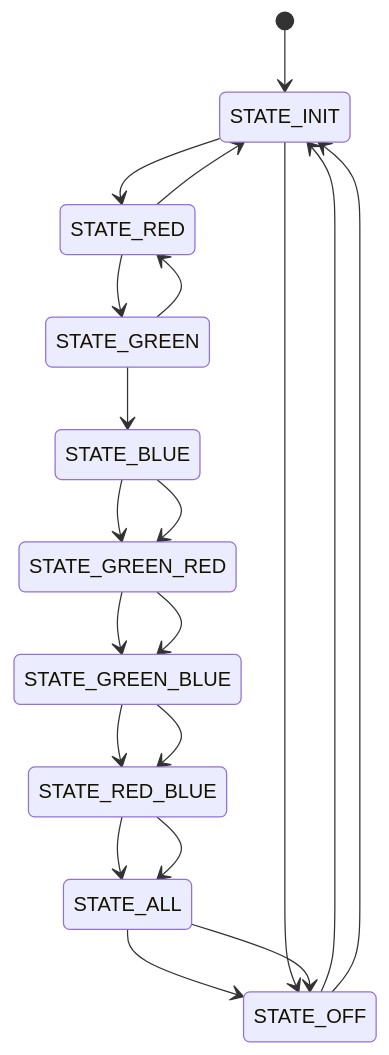
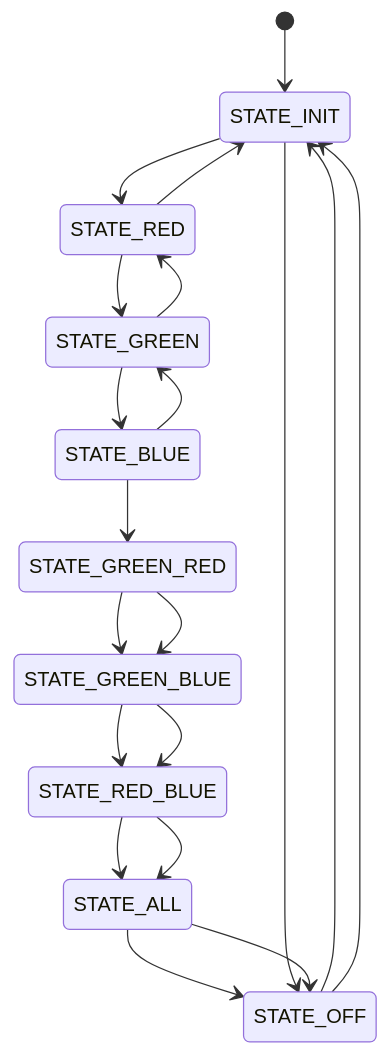
One commit to AngelMzno/iodraw-files changed the diagram in all/Mapa de Estado.md. Above: the diagram before and after it, drawn with Mermaid.

Commit message:
2024-09-03 19:41:56 update

````diff
--- a/all/Mapa de Estado.md
+++ b/all/Mapa de Estado.md
@@ -1,27 +1,27 @@
 ```mermaid
 stateDiagram-v2
 [*]-->STATE_INIT
 STATE_INIT --> STATE_RED
 STATE_RED --> STATE_GREEN
 STATE_GREEN-->STATE_BLUE
 STATE_BLUE -->STATE_GREEN_RED
 STATE_GREEN_RED -->STATE_GREEN_BLUE
 STATE_GREEN_BLUE-->STATE_RED_BLUE
 STATE_RED_BLUE-->STATE_ALL
 STATE_ALL-->STATE_OFF
 STATE_OFF-->STATE_INIT
 
 [*]STATE_INIT
 STATE_INIT --> STATE_OFF
 STATE_RED --> STATE_INIT
 STATE_GREEN-->STATE_RED
-STATE_BLUE -->STATE_GREEN_RED
+STATE_BLUE -->STATE_GREEN
 STATE_GREEN_RED -->STATE_GREEN_BLUE
 STATE_GREEN_BLUE-->STATE_RED_BLUE
 STATE_RED_BLUE-->STATE_ALL
 STATE_ALL-->STATE_OFF
 STATE_OFF-->STATE_INIT
 
 
 
 ```
````
